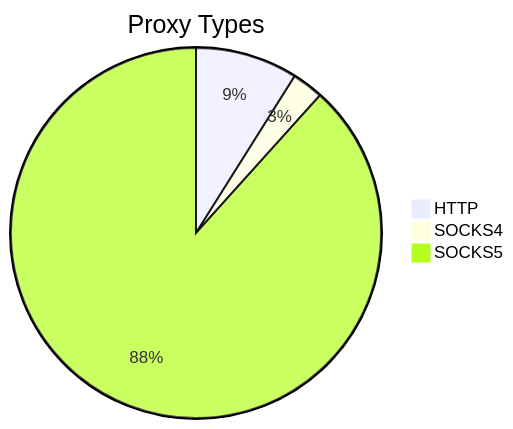
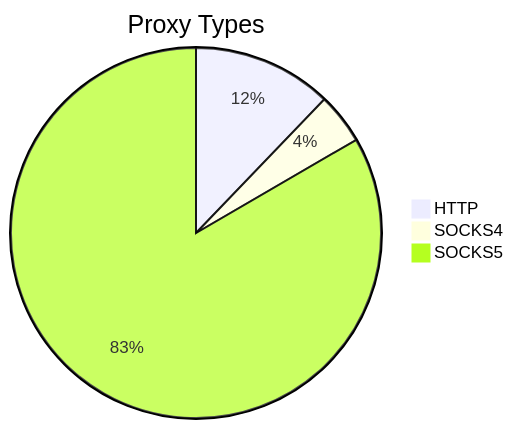
The first of 2 diagrams in README.md (stormsia/proxy-list), drawn with Mermaid before and after one commit. The commit also changed other lines of this file, not shown here.

````diff
--- a/README.md
+++ b/README.md
@@ -21,6 +21,6 @@
 ```mermaid
 pie title Proxy Types
-    "HTTP" : 180
-    "SOCKS4" : 55
-    "SOCKS5" : 1780
+    "HTTP" : 126
+    "SOCKS4" : 46
+    "SOCKS5" : 863
 ```
````
